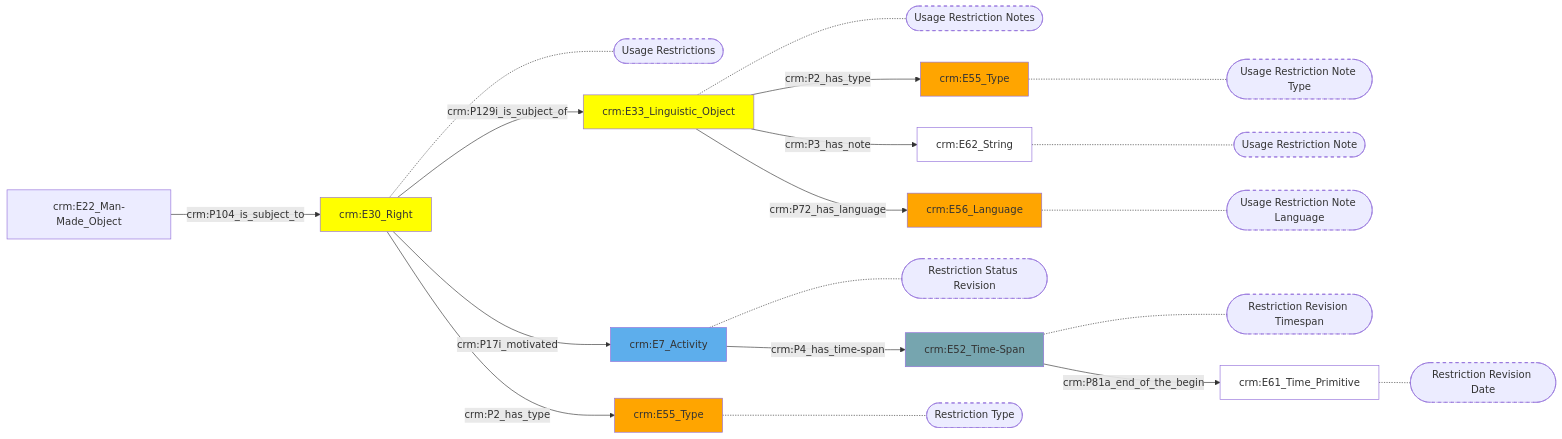
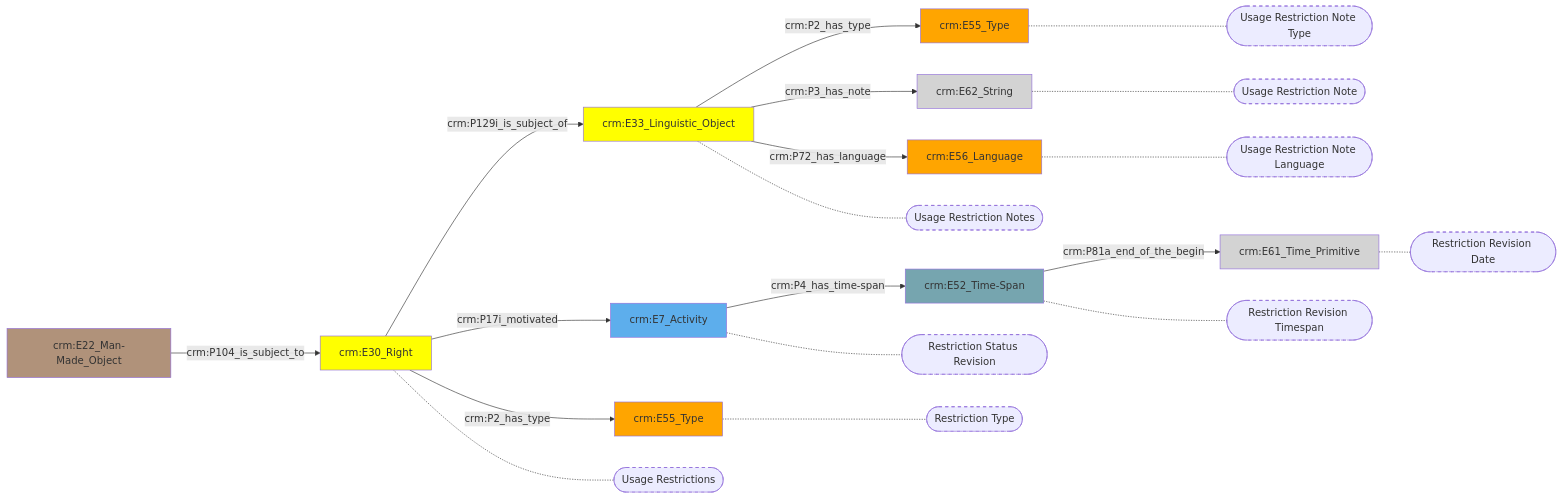
The diagram in docs/content/modellen/ArchiefItemMaterieel/Rechten.md (digipolisantwerpdocumentation/antwerp-cultureel-erfgoed), drawn with Mermaid before and after one commit. The commit also changed 32 other files, not shown here.

````diff
--- a/docs/content/modellen/ArchiefItemMaterieel/Rechten.md
+++ b/docs/content/modellen/ArchiefItemMaterieel/Rechten.md
@@ -1,39 +1,40 @@
 ```mermaid
 graph LR
+d1dc50fa-a5fe-11ec-b19f-9cf387da2c40["crm:E30_Right"]-->|"crm:P129i_is_subject_of"|d1de0cba-a5fe-11ec-b19f-9cf387da2c40["crm:E33_Linguistic_Object"]
+d1dc50fa-a5fe-11ec-b19f-9cf387da2c40["crm:E30_Right"]-->|"crm:P17i_motivated"|d1dd9e2e-a5fe-11ec-b19f-9cf387da2c40["crm:E7_Activity"]
+d1dc50fa-a5fe-11ec-b19f-9cf387da2c40["crm:E30_Right"]-->|"crm:P2_has_type"|d1ddd54c-a5fe-11ec-b19f-9cf387da2c40["crm:E55_Type"]
+d1dd96e0-a5fe-11ec-b19f-9cf387da2c40["crm:E22_Man-Made_Object"]-->|"crm:P104_is_subject_to"|d1dc50fa-a5fe-11ec-b19f-9cf387da2c40["crm:E30_Right"]
+d1dd9e2e-a5fe-11ec-b19f-9cf387da2c40["crm:E7_Activity"]-->|"crm:P4_has_time-span"|d1de1386-a5fe-11ec-b19f-9cf387da2c40["crm:E52_Time-Span"]
+d1de0cba-a5fe-11ec-b19f-9cf387da2c40["crm:E33_Linguistic_Object"]-->|"crm:P2_has_type"|d1de0d5a-a5fe-11ec-b19f-9cf387da2c40["crm:E55_Type"]
+d1de0cba-a5fe-11ec-b19f-9cf387da2c40["crm:E33_Linguistic_Object"]-->|"crm:P3_has_note"|d1de0e04-a5fe-11ec-b19f-9cf387da2c40["crm:E62_String"]
+d1de0cba-a5fe-11ec-b19f-9cf387da2c40["crm:E33_Linguistic_Object"]-->|"crm:P72_has_language"|d1de0eae-a5fe-11ec-b19f-9cf387da2c40["crm:E56_Language"]
+d1de1386-a5fe-11ec-b19f-9cf387da2c40["crm:E52_Time-Span"]-->|"crm:P81a_end_of_the_begin"|d1de0bfc-a5fe-11ec-b19f-9cf387da2c40["crm:E61_Time_Primitive"]
 d1de0cba-a5fe-11ec-b19f-9cf387da2c40["crm:E33_Linguistic_Object"]-.-d1de0cba-a5fe-11ec-b19f-9cf387da2c40_s(["Usage Restriction Notes"])
 d1dd9e2e-a5fe-11ec-b19f-9cf387da2c40["crm:E7_Activity"]-.-d1dd9e2e-a5fe-11ec-b19f-9cf387da2c40_s(["Restriction Status Revision"])
 d1ddd54c-a5fe-11ec-b19f-9cf387da2c40["crm:E55_Type"]-.-d1ddd54c-a5fe-11ec-b19f-9cf387da2c40_s(["Restriction Type"])
 d1dc50fa-a5fe-11ec-b19f-9cf387da2c40["crm:E30_Right"]-.-d1dc50fa-a5fe-11ec-b19f-9cf387da2c40_s(["Usage Restrictions"])
 d1de1386-a5fe-11ec-b19f-9cf387da2c40["crm:E52_Time-Span"]-.-d1de1386-a5fe-11ec-b19f-9cf387da2c40_s(["Restriction Revision Timespan"])
 d1de0d5a-a5fe-11ec-b19f-9cf387da2c40["crm:E55_Type"]-.-d1de0d5a-a5fe-11ec-b19f-9cf387da2c40_s(["Usage Restriction Note Type"])
 d1de0e04-a5fe-11ec-b19f-9cf387da2c40["crm:E62_String"]-.-d1de0e04-a5fe-11ec-b19f-9cf387da2c40_s(["Usage Restriction Note"])
 d1de0eae-a5fe-11ec-b19f-9cf387da2c40["crm:E56_Language"]-.-d1de0eae-a5fe-11ec-b19f-9cf387da2c40_s(["Usage Restriction Note Language"])
 d1de0bfc-a5fe-11ec-b19f-9cf387da2c40["crm:E61_Time_Primitive"]-.-d1de0bfc-a5fe-11ec-b19f-9cf387da2c40_s(["Restriction Revision Date"])
-d1dc50fa-a5fe-11ec-b19f-9cf387da2c40["crm:E30_Right"]-->|"crm:P129i_is_subject_of"|d1de0cba-a5fe-11ec-b19f-9cf387da2c40["crm:E33_Linguistic_Object"]
-d1dc50fa-a5fe-11ec-b19f-9cf387da2c40["crm:E30_Right"]-->|"crm:P17i_motivated"|d1dd9e2e-a5fe-11ec-b19f-9cf387da2c40["crm:E7_Activity"]
-d1dc50fa-a5fe-11ec-b19f-9cf387da2c40["crm:E30_Right"]-->|"crm:P2_has_type"|d1ddd54c-a5fe-11ec-b19f-9cf387da2c40["crm:E55_Type"]
-d1dd96e0-a5fe-11ec-b19f-9cf387da2c40["crm:E22_Man-Made_Object"]-->|"crm:P104_is_subject_to"|d1dc50fa-a5fe-11ec-b19f-9cf387da2c40["crm:E30_Right"]
-d1dd9e2e-a5fe-11ec-b19f-9cf387da2c40["crm:E7_Activity"]-->|"crm:P4_has_time-span"|d1de1386-a5fe-11ec-b19f-9cf387da2c40["crm:E52_Time-Span"]
-d1de0cba-a5fe-11ec-b19f-9cf387da2c40["crm:E33_Linguistic_Object"]-->|"crm:P2_has_type"|d1de0d5a-a5fe-11ec-b19f-9cf387da2c40["crm:E55_Type"]
-d1de0cba-a5fe-11ec-b19f-9cf387da2c40["crm:E33_Linguistic_Object"]-->|"crm:P3_has_note"|d1de0e04-a5fe-11ec-b19f-9cf387da2c40["crm:E62_String"]
-d1de0cba-a5fe-11ec-b19f-9cf387da2c40["crm:E33_Linguistic_Object"]-->|"crm:P72_has_language"|d1de0eae-a5fe-11ec-b19f-9cf387da2c40["crm:E56_Language"]
-d1de1386-a5fe-11ec-b19f-9cf387da2c40["crm:E52_Time-Span"]-->|"crm:P81a_end_of_the_begin"|d1de0bfc-a5fe-11ec-b19f-9cf387da2c40["crm:E61_Time_Primitive"]
-style d1dc50fa-a5fe-11ec-b19f-9cf387da2c40 fill:#ffff00
-style d1dd9e2e-a5fe-11ec-b19f-9cf387da2c40 fill:#5DAEEC
-style d1ddd54c-a5fe-11ec-b19f-9cf387da2c40 fill:#ffa500
-style d1de0bfc-a5fe-11ec-b19f-9cf387da2c40 fill:#ffffff
-style d1de0cba-a5fe-11ec-b19f-9cf387da2c40 fill:#ffff00
-style d1de0d5a-a5fe-11ec-b19f-9cf387da2c40 fill:#ffa500
-style d1de0e04-a5fe-11ec-b19f-9cf387da2c40 fill:#ffffff
-style d1de0eae-a5fe-11ec-b19f-9cf387da2c40 fill:#ffa500
-style d1de1386-a5fe-11ec-b19f-9cf387da2c40 fill:#76A5AF
 style d1de0cba-a5fe-11ec-b19f-9cf387da2c40_s stroke-dasharray: 5
 style d1dd9e2e-a5fe-11ec-b19f-9cf387da2c40_s stroke-dasharray: 5
 style d1ddd54c-a5fe-11ec-b19f-9cf387da2c40_s stroke-dasharray: 5
 style d1dc50fa-a5fe-11ec-b19f-9cf387da2c40_s stroke-dasharray: 5
 style d1de1386-a5fe-11ec-b19f-9cf387da2c40_s stroke-dasharray: 5
 style d1de0d5a-a5fe-11ec-b19f-9cf387da2c40_s stroke-dasharray: 5
 style d1de0e04-a5fe-11ec-b19f-9cf387da2c40_s stroke-dasharray: 5
 style d1de0eae-a5fe-11ec-b19f-9cf387da2c40_s stroke-dasharray: 5
 style d1de0bfc-a5fe-11ec-b19f-9cf387da2c40_s stroke-dasharray: 5
+style d1dc50fa-a5fe-11ec-b19f-9cf387da2c40 fill:#ffff00
+style d1dd96e0-a5fe-11ec-b19f-9cf387da2c40 fill:#B0927A
+style d1dd9e2e-a5fe-11ec-b19f-9cf387da2c40 fill:#5DAEEC
+style d1ddd54c-a5fe-11ec-b19f-9cf387da2c40 fill:#ffa500
+style d1de0bfc-a5fe-11ec-b19f-9cf387da2c40 fill:#D3D3D3
+style d1de0cba-a5fe-11ec-b19f-9cf387da2c40 fill:#ffff00
+style d1de0d5a-a5fe-11ec-b19f-9cf387da2c40 fill:#ffa500
+style d1de0e04-a5fe-11ec-b19f-9cf387da2c40 fill:#D3D3D3
+style d1de0eae-a5fe-11ec-b19f-9cf387da2c40 fill:#ffa500
+style d1de1386-a5fe-11ec-b19f-9cf387da2c40 fill:#76A5AF
 ```
````
